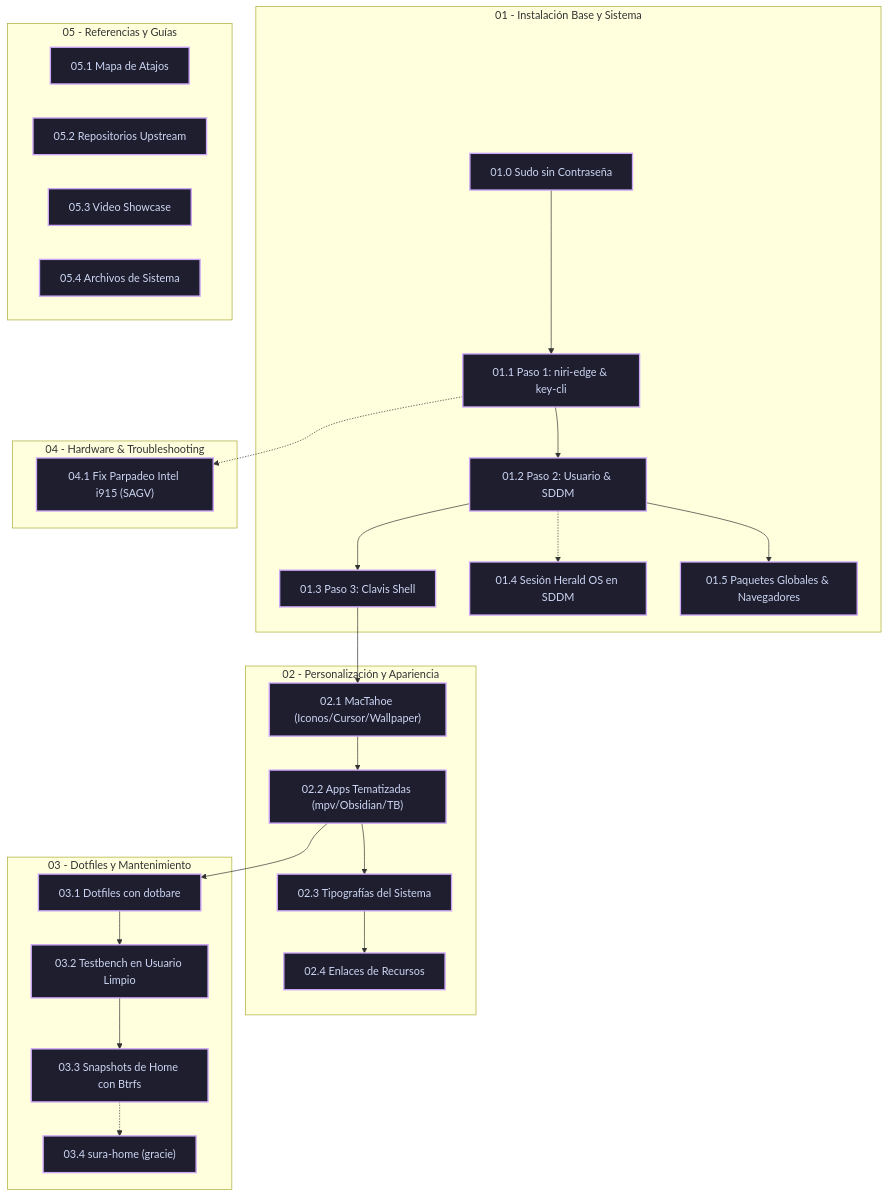
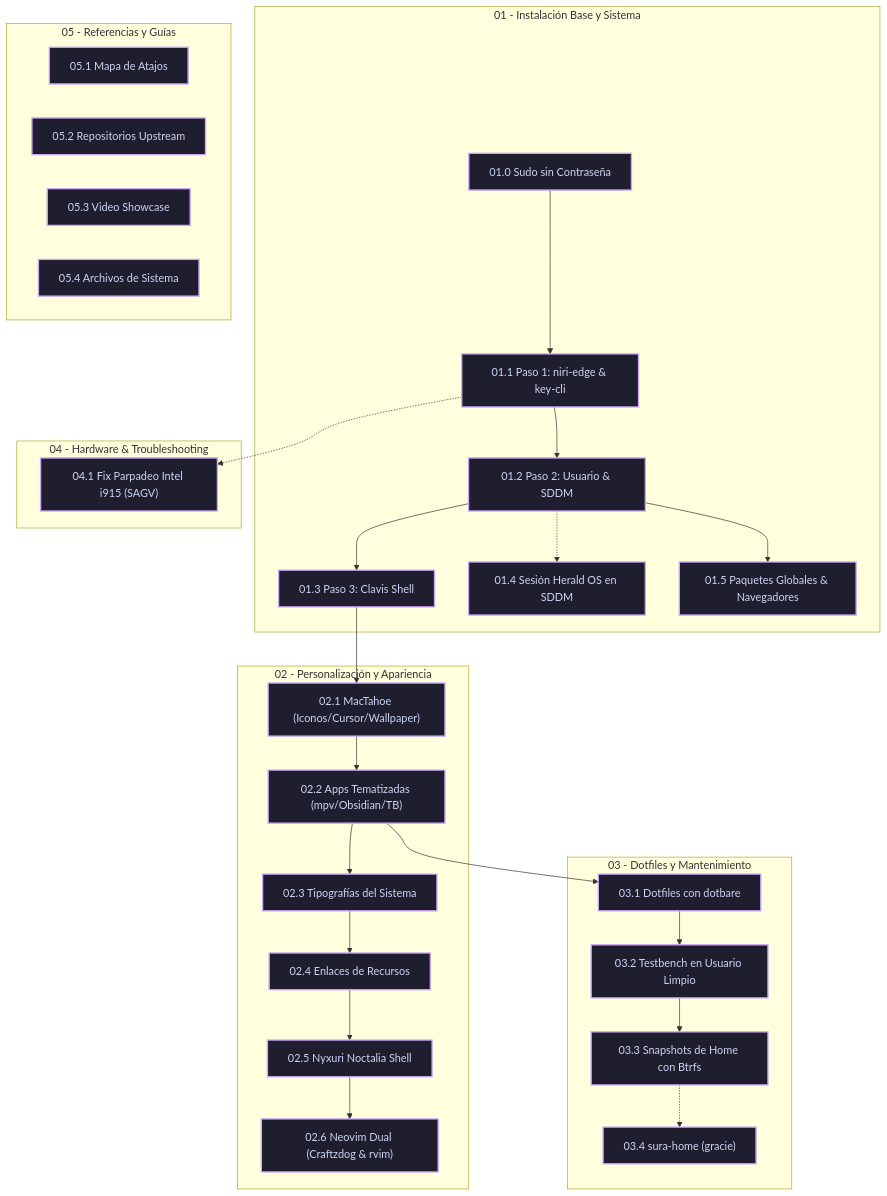
The diagram in 00 - Indice General (MOC).md (robert-flo/PJ-NIRI-rf-omarchy-playbooks), drawn with Mermaid before and after one commit. The commit also changed other lines of this file and 7 other files, not shown here.

Commit message:
feat(neovim): integrar configuracion dual craftzdog y distro propia rvim (02.6)

````diff
--- a/00 - Indice General (MOC).md
+++ b/00 - Indice General (MOC).md
@@ -36,38 +36,40 @@
 ```mermaid
 flowchart TD
     subgraph Fase1["01 - Instalación Base y Sistema"]
         A["01.0 Sudo sin Contraseña"] --> B["01.1 Paso 1: niri-edge & key-cli"]
         B --> C["01.2 Paso 2: Usuario & SDDM"]
         C --> D["01.3 Paso 3: Clavis Shell"]
         C -.-> P["01.4 Sesión Herald OS en SDDM"]
         C --> S["01.5 Paquetes Globales & Navegadores"]
     end
 
     subgraph Fase2["02 - Personalización y Apariencia"]
         D --> E["02.1 MacTahoe (Iconos/Cursor/Wallpaper)"]
         E --> F["02.2 Apps Tematizadas (mpv/Obsidian/TB)"]
         F --> G["02.3 Tipografías del Sistema"]
         G --> H["02.4 Enlaces de Recursos"]
+        H --> X["02.5 Nyxuri Noctalia Shell"]
+        X --> Y["02.6 Neovim Dual (Craftzdog & rvim)"]
     end
 
     subgraph Fase3["03 - Dotfiles y Mantenimiento"]
         F --> I["03.1 Dotfiles con dotbare"]
         I --> J["03.2 Testbench en Usuario Limpio"]
         J --> K["03.3 Snapshots de Home con Btrfs"]
         K -.-> Q["03.4 sura-home (gracie)"]
     end
 
     subgraph Fase4["04 - Hardware & Troubleshooting"]
         B -.-> L["04.1 Fix Parpadeo Intel i915 (SAGV)"]
     end
 
     subgraph Fase5["05 - Referencias y Guías"]
         M["05.1 Mapa de Atajos"]
         N["05.2 Repositorios Upstream"]
         O["05.3 Video Showcase"]
         R["05.4 Archivos de Sistema"]
     end
 
     classDef default fill:#1e1e2e,stroke:#cba6f7,stroke-width:2px,color:#cdd6f4;
     classDef phase fill:#181825,stroke:#89b4fa,stroke-width:2px,color:#89b4fa;
 ```
````
